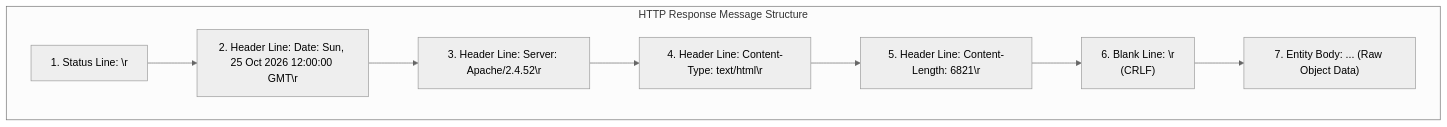
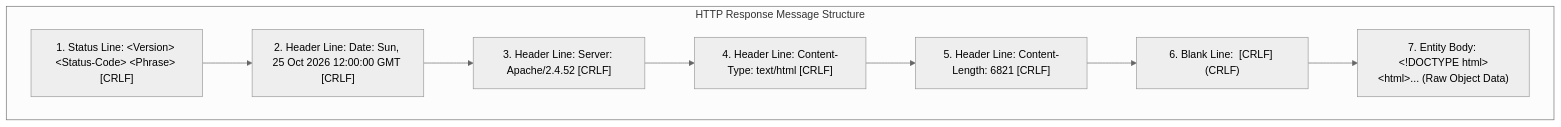
Before and after one commit to YatishGowda09/Sem-3-CSE-Notes: the sixth of 7 diagrams in CN/Unit 1/L10 - The Web and HTTP.md, drawn with Mermaid (neutral theme). The commit also changed other lines of this file and 70 other files, not shown here.

First line of the commit message:
Fix Mermaid diagram syntax for GitHub rendering compatibility

````diff
--- a/CN/Unit 1/L10 - The Web and HTTP.md
+++ b/CN/Unit 1/L10 - The Web and HTTP.md
@@ -262,13 +262,13 @@
 ```mermaid
 flowchart TD
     subgraph RESP["HTTP Response Message Structure"]
-        SL["1. Status Line: <Version> <Status-Code> <Phrase>\r\n"]
-        HL1["2. Header Line: Date: Sun, 25 Oct 2026 12:00:00 GMT\r\n"]
-        HL2["3. Header Line: Server: Apache/2.4.52\r\n"]
-        HL3["4. Header Line: Content-Type: text/html\r\n"]
-        HL4["5. Header Line: Content-Length: 6821\r\n"]
-        BL["6. Blank Line: \r\n (CRLF)"]
-        EB["7. Entity Body: <!DOCTYPE html><html>... (Raw Object Data)"]
+        SL["1. Status Line: &lt;Version&gt; &lt;Status-Code&gt; &lt;Phrase&gt; [CRLF]"]
+        HL1["2. Header Line: Date: Sun, 25 Oct 2026 12:00:00 GMT [CRLF]"]
+        HL2["3. Header Line: Server: Apache/2.4.52 [CRLF]"]
+        HL3["4. Header Line: Content-Type: text/html [CRLF]"]
+        HL4["5. Header Line: Content-Length: 6821 [CRLF]"]
+        BL["6. Blank Line:  [CRLF] (CRLF)"]
+        EB["7. Entity Body: &lt;!DOCTYPE html&gt;&lt;html&gt;... (Raw Object Data)"]
         SL --> HL1 --> HL2 --> HL3 --> HL4 --> BL --> EB
     end
 ```
````
